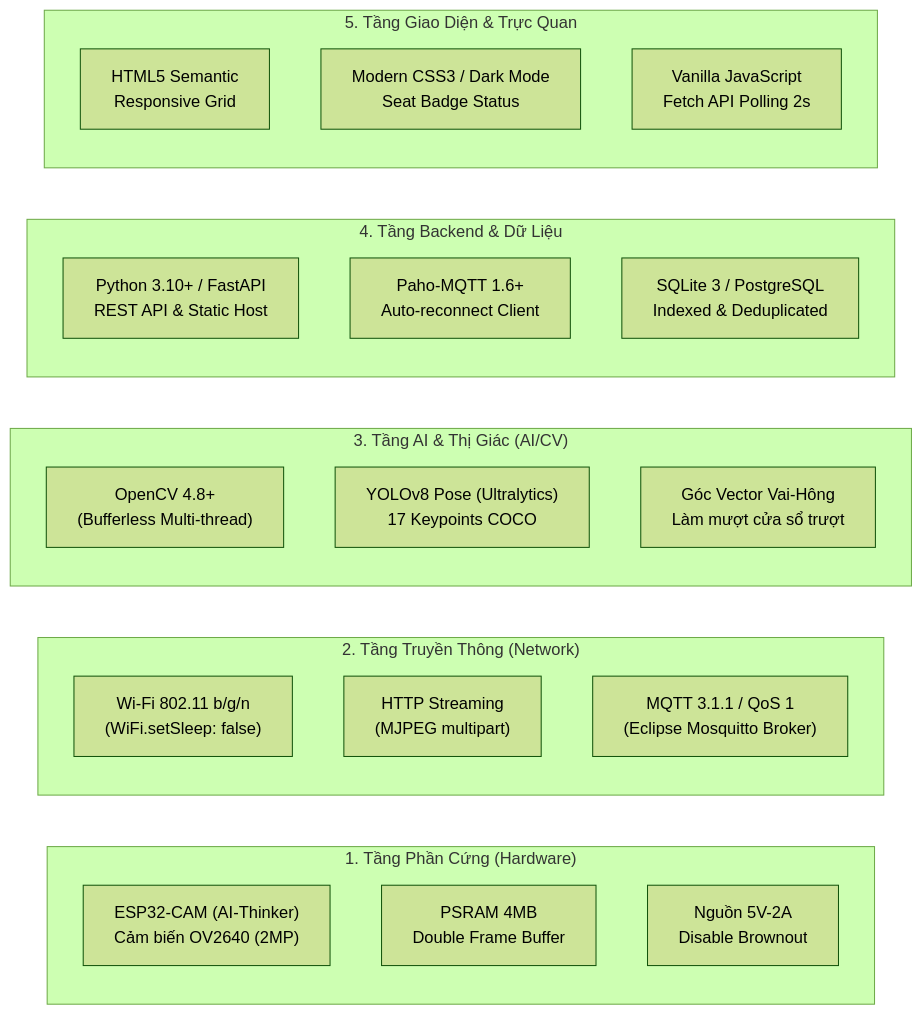
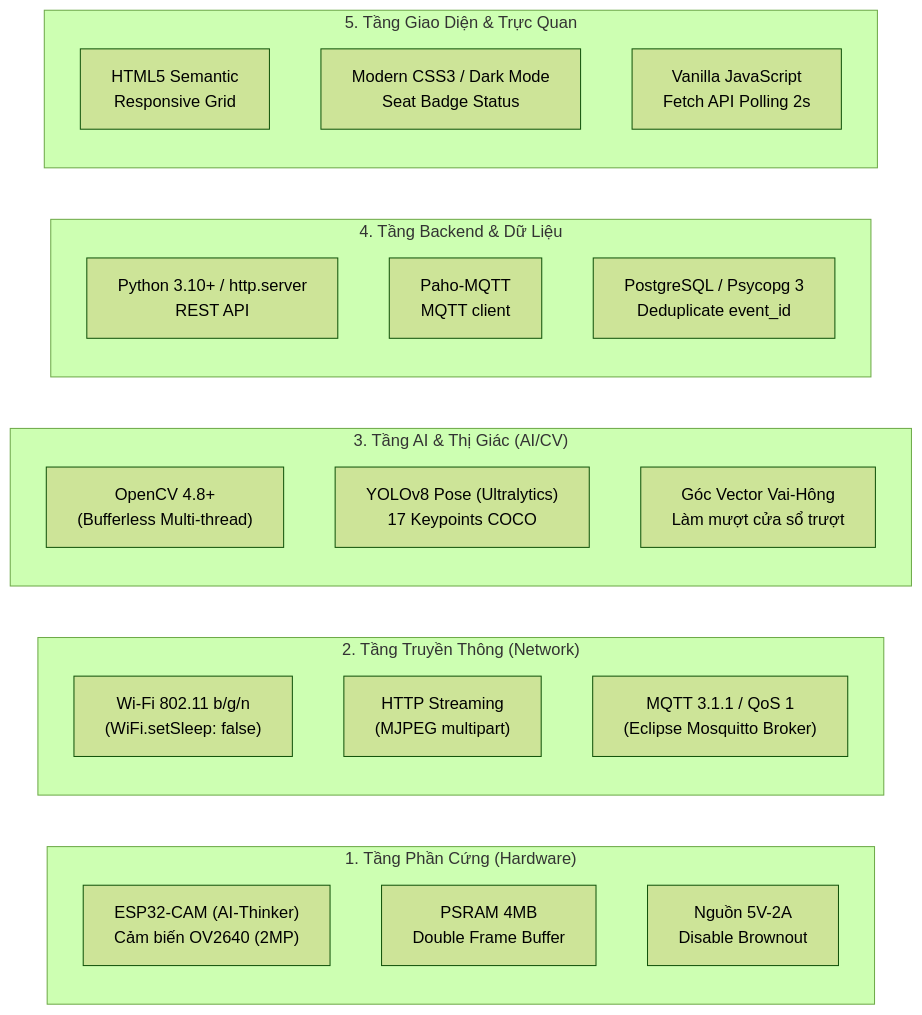
Before and after one commit to DangKimAn/classroom-posture-iot: the diagram in docs/TECHS.md, drawn with Mermaid (forest theme). The commit also changed other lines of this file and 45 other files, not shown here.

````diff
--- a/docs/TECHS.md
+++ b/docs/TECHS.md
@@ -9,32 +9,32 @@
 ```mermaid
 graph LR
     subgraph L1 ["1. Tầng Phần Cứng (Hardware)"]
         ESP["ESP32-CAM (AI-Thinker)<br/>Cảm biến OV2640 (2MP)"]
         RAM["PSRAM 4MB<br/>Double Frame Buffer"]
         PWR["Nguồn 5V-2A<br/>Disable Brownout"]
     end
 
     subgraph L2 ["2. Tầng Truyền Thông (Network)"]
         WIFI["Wi-Fi 802.11 b/g/n<br/>(WiFi.setSleep: false)"]
         HTTP["HTTP Streaming<br/>(MJPEG multipart)"]
         MQTT["MQTT 3.1.1 / QoS 1<br/>(Eclipse Mosquitto Broker)"]
     end
 
     subgraph L3 ["3. Tầng AI & Thị Giác (AI/CV)"]
         CV["OpenCV 4.8+<br/>(Bufferless Multi-thread)"]
         YOLO["YOLOv8 Pose (Ultralytics)<br/>17 Keypoints COCO"]
         ALG["Góc Vector Vai-Hông<br/>Làm mượt cửa sổ trượt"]
     end
 
     subgraph L4 ["4. Tầng Backend & Dữ Liệu"]
-        FAST["Python 3.10+ / FastAPI<br/>REST API & Static Host"]
-        PAHO["Paho-MQTT 1.6+<br/>Auto-reconnect Client"]
-        SQL["SQLite 3 / PostgreSQL<br/>Indexed & Deduplicated"]
+        FAST["Python 3.10+ / http.server<br/>REST API"]
+        PAHO["Paho-MQTT<br/>MQTT client"]
+        SQL["PostgreSQL / Psycopg 3<br/>Deduplicate event_id"]
     end
 
     subgraph L5 ["5. Tầng Giao Diện & Trực Quan"]
         HTML["HTML5 Semantic<br/>Responsive Grid"]
         CSS["Modern CSS3 / Dark Mode<br/>Seat Badge Status"]
         JS["Vanilla JavaScript<br/>Fetch API Polling 2s"]
     end
 ```
````
